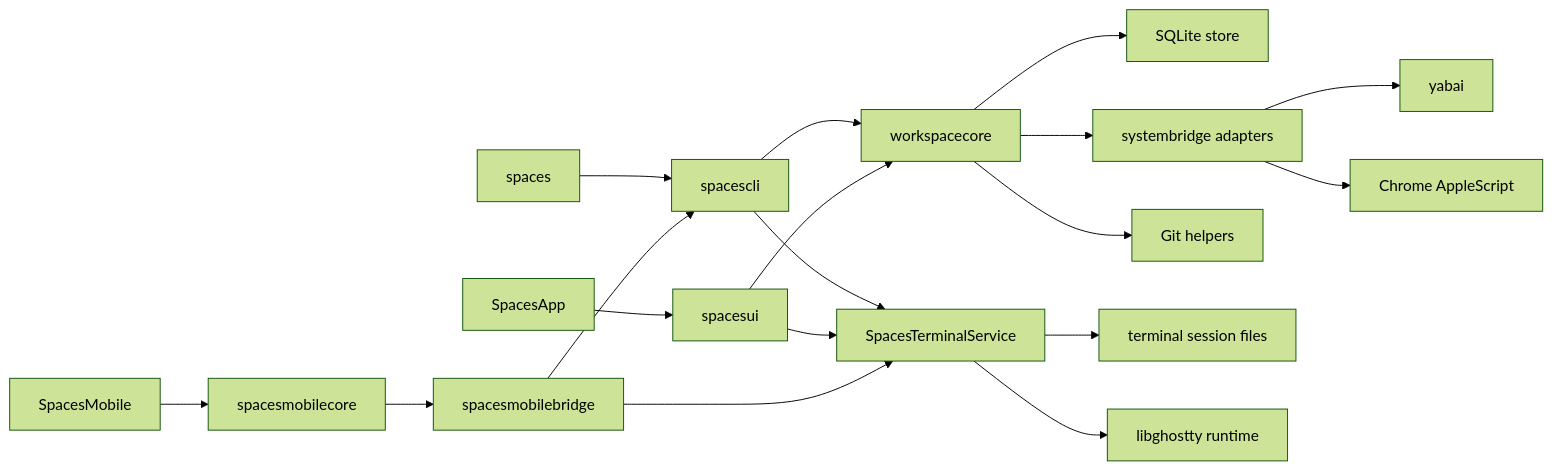
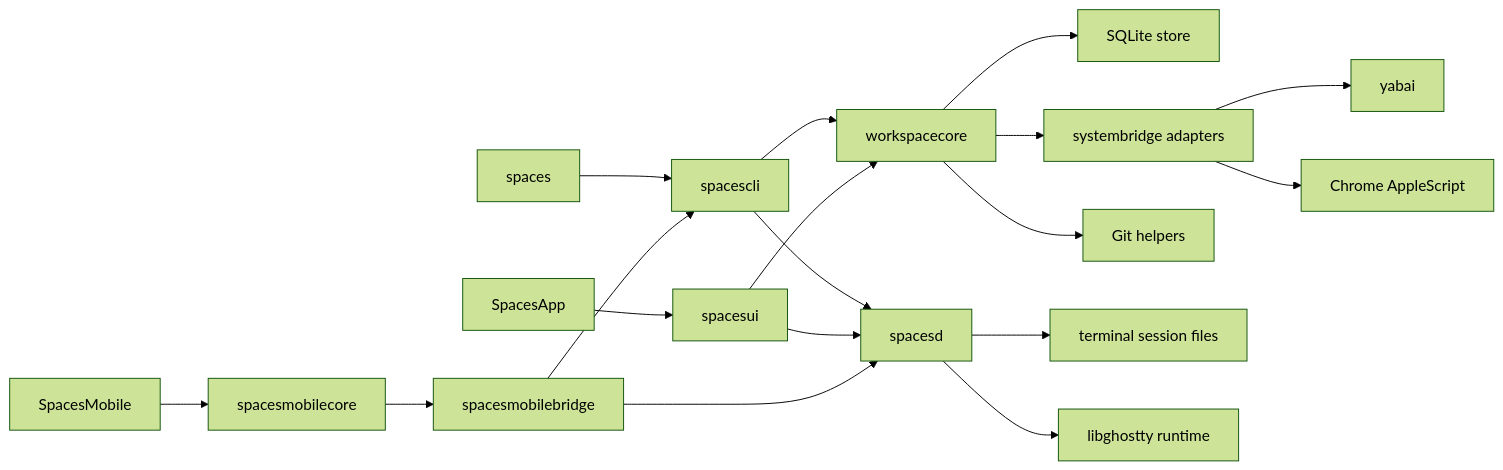
One commit to yogesh-dhande/spaces changed the first of 2 diagrams in docs/implementation.md. Above: the diagram before and after it, drawn with Mermaid (forest theme). The commit also changed other lines of this file and 62 other files, not shown here.

````diff
--- a/docs/implementation.md
+++ b/docs/implementation.md
@@ -17,23 +17,23 @@
 ```mermaid
 flowchart LR
   cli["spaces"] --> spacescli["spacescli"]
   spacescli --> stream["workspacecore"]
-  spacescli --> terminalservice["SpacesTerminalService"]
+  spacescli --> terminalservice["spacesd"]
   app["SpacesApp"] --> spacesui["spacesui"]
   spacesui --> stream
   spacesui --> terminalservice
   ios["SpacesMobile"] --> mobilecore["spacesmobilecore"]
   mobilecore --> mobilebridge["spacesmobilebridge"]
   mobilebridge --> terminalservice
   mobilebridge --> spacescli
 
   stream --> store["SQLite store"]
   stream --> systembridge["systembridge adapters"]
   stream --> git["Git helpers"]
 
   terminalservice --> terminalfiles["terminal session files"]
   terminalservice --> ghostty["libghostty runtime"]
 
   systembridge --> yabai["yabai"]
   systembridge --> chrome["Chrome AppleScript"]
 ```
````
